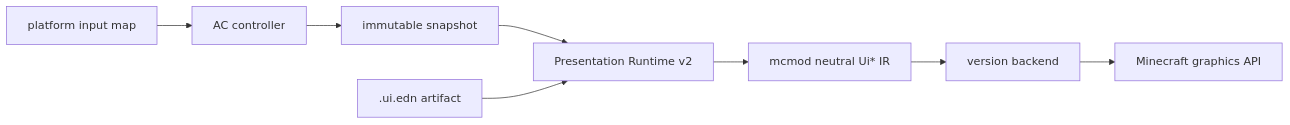
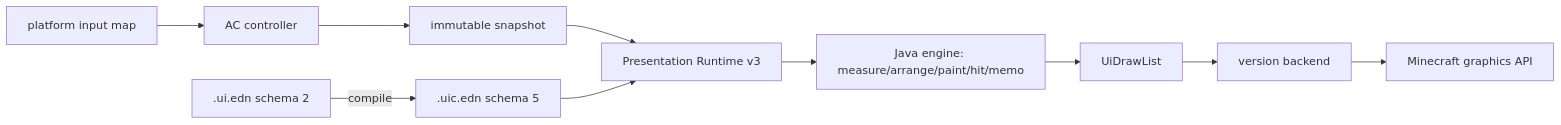
Before and after one commit to zeldacl/clojure-academy-v2: the diagram in minecraftmod/docs/06-gui/GUI_Architecture_Refactoring.md, drawn with Mermaid. The commit also changed other lines of this file and 6 other files, not shown here.

````diff
--- a/minecraftmod/docs/06-gui/GUI_Architecture_Refactoring.md
+++ b/minecraftmod/docs/06-gui/GUI_Architecture_Refactoring.md
@@ -18,10 +21,12 @@
 ```mermaid
 flowchart LR
   C[AC controller] --> S[immutable snapshot]
-  S --> R[Presentation Runtime v2]
-  A[.ui.edn artifact] --> R
-  R --> I[mcmod neutral Ui* IR]
-  I --> B[version backend]
+  S --> R[Presentation Runtime v3]
+  A[.ui.edn schema 2] -->|compile| U[.uic.edn schema 5]
+  U --> R
+  R --> E[Java engine: measure/arrange/paint/hit/memo]
+  E --> D[UiDrawList]
+  D --> B[version backend]
   B --> G[Minecraft graphics API]
-  E[platform input map] --> C
+  I[platform input map] --> C
 ```
````
